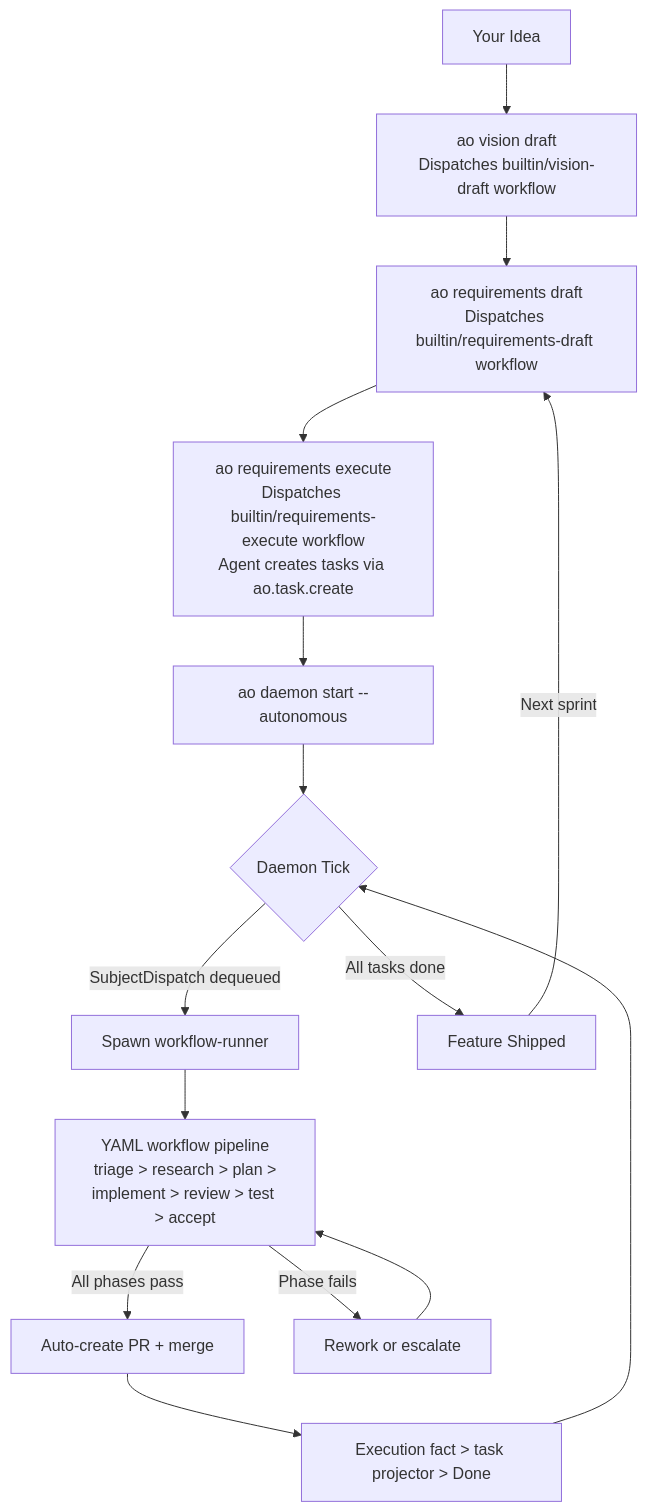
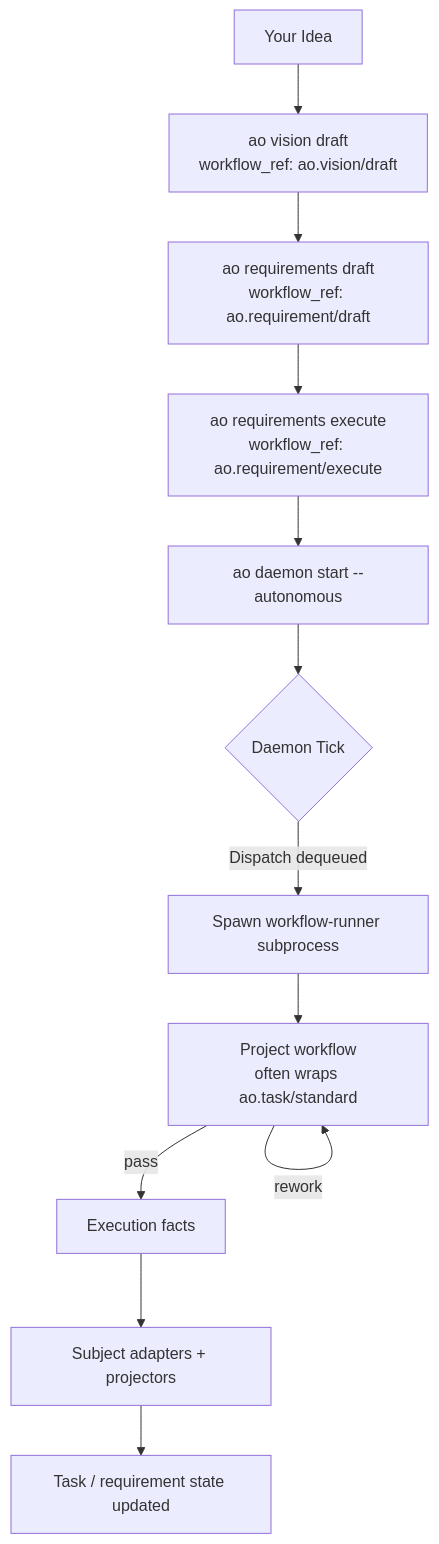
One commit to renakdata17/animus-cli changed the diagram in docs/getting-started/typical-day.md. Above: the diagram before and after it, drawn with Mermaid. The commit also changed other lines of this file and 61 other files, not shown here.

````diff
--- a/docs/getting-started/typical-day.md
+++ b/docs/getting-started/typical-day.md
@@ -7,22 +8,16 @@
 ```mermaid
 flowchart TB
     IDEA["Your Idea"]
-    --> VISION["ao vision draft<br/>Dispatches builtin/vision-draft workflow"]
-    --> REQS["ao requirements draft<br/>Dispatches builtin/requirements-draft workflow"]
-    --> EXECUTE["ao requirements execute<br/>Dispatches builtin/requirements-execute workflow<br/>Agent creates tasks via ao.task.create"]
+    --> VISION["ao vision draft<br/>workflow_ref: ao.vision/draft"]
+    --> REQS["ao requirements draft<br/>workflow_ref: ao.requirement/draft"]
+    --> EXECUTE["ao requirements execute<br/>workflow_ref: ao.requirement/execute"]
     --> DAEMON["ao daemon start --autonomous"]
 
     DAEMON --> LOOP{"Daemon Tick"}
-
-    LOOP -->|"SubjectDispatch dequeued"| SPAWN["Spawn workflow-runner"]
-    SPAWN --> PIPELINE["YAML workflow pipeline<br/>triage > research > plan ><br/>implement > review > test > accept"]
-    PIPELINE -->|"All phases pass"| PR["Auto-create PR + merge"]
-    PIPELINE -->|"Phase fails"| REWORK["Rework or escalate"]
-    REWORK --> PIPELINE
-    PR --> DONE["Execution fact > task projector > Done"]
-    DONE --> LOOP
-
-    LOOP -->|"All tasks done"| SHIPPED["Feature Shipped"]
-
-    SHIPPED -->|"Next sprint"| REQS
+    LOOP -->|"Dispatch dequeued"| RUNNER["Spawn workflow-runner subprocess"]
+    RUNNER --> PIPELINE["Project workflow<br/>often wraps ao.task/standard"]
+    PIPELINE -->|"pass"| FACTS["Execution facts"]
+    PIPELINE -->|"rework"| PIPELINE
+    FACTS --> PROJECTORS["Subject adapters + projectors"]
+    PROJECTORS --> DONE["Task / requirement state updated"]
 ```
````
